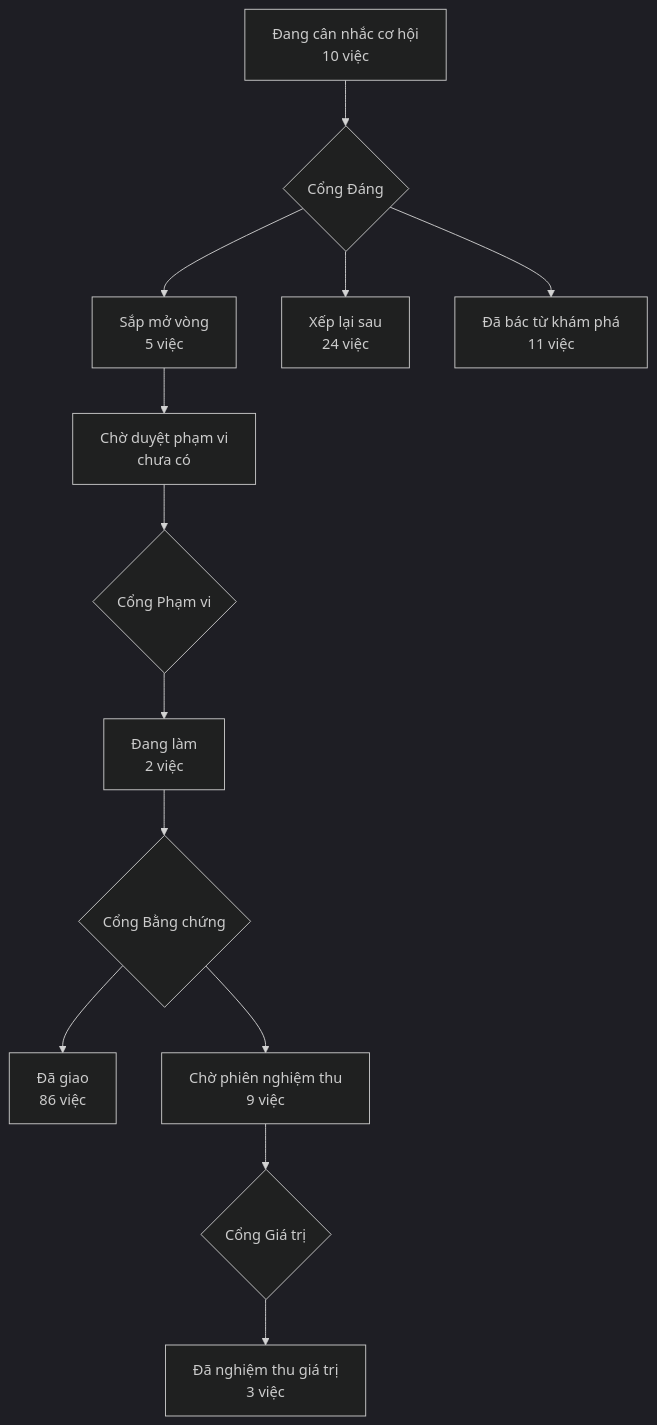
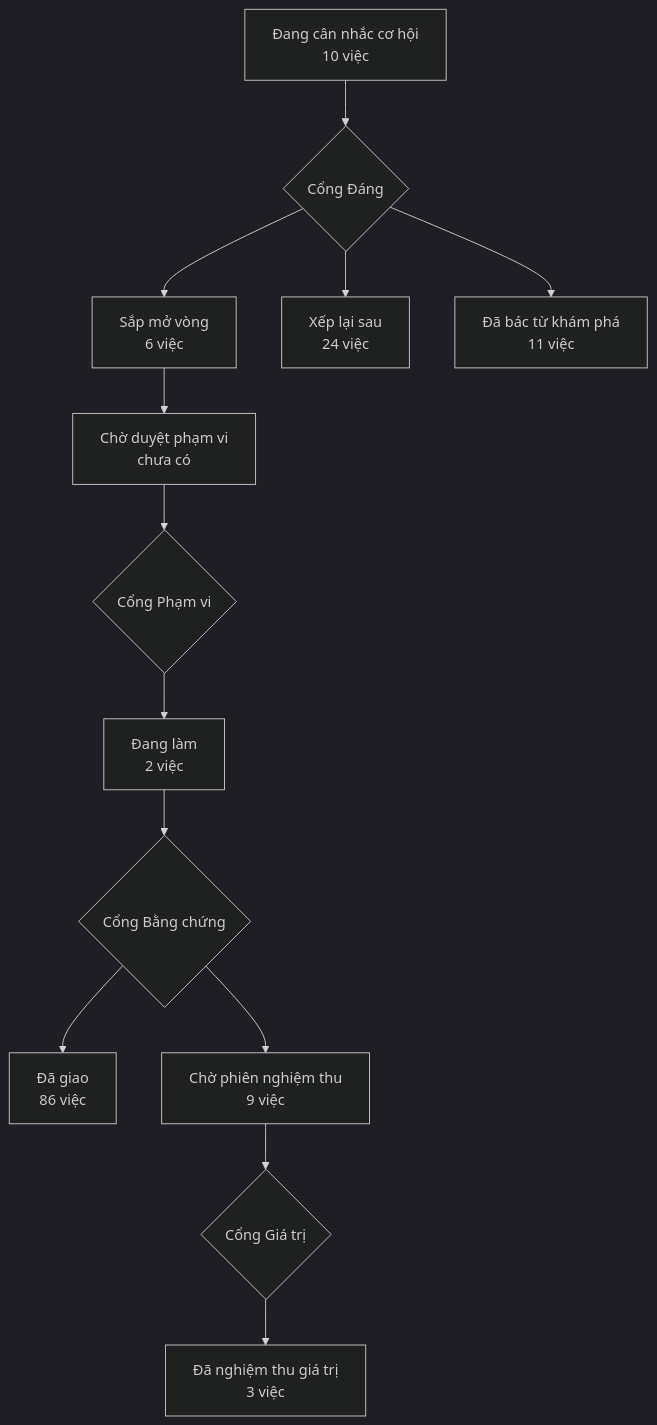
Before and after one commit to phanlemanh/acceptance-gate-kit: the diagram in PRODUCT-MAP.md, drawn with Mermaid (dark theme). The commit also changed other lines of this file and 2 other files, not shown here.

Commit message:
Cổng Đáng: lan-ghim-lai-theo-paths — build (Phan Le Manh)
Owner gõ «Làm» một chạm trong phiên 03/10; máy ghi hộ stage/decision/decided_by/
decided_at, gỡ tiền tố [đề xuất] ở bốn ngưỡng, điền decision ở Cổng 0, vẽ lại bản đồ.
Cùng chạm: phê CỘNG (b) hoá cũ theo paths + (c) suite song song (cả hai khoá mặc
định TẮT), hạng T3; gộp việc (a) wall_s + số lệnh vào ô lan-ghim-lai-giu-tron-loi-loi
(thêm dòng «Phạm vi bổ sung 03/10» ở Cổng 0 của ô ấy).

````diff
--- a/PRODUCT-MAP.md
+++ b/PRODUCT-MAP.md
@@ -6,12 +6,12 @@
 ```mermaid
 flowchart TD
   A["Đang cân nhắc cơ hội<br/>10 việc"] --> GD{"Cổng Đáng"}
-  GD --> B["Sắp mở vòng<br/>5 việc"]
+  GD --> B["Sắp mở vòng<br/>6 việc"]
   GD --> XL["Xếp lại sau<br/>24 việc"]
   GD --> DB["Đã bác từ khám phá<br/>11 việc"]
   B --> CD["Chờ duyệt phạm vi<br/>chưa có"] --> GP{"Cổng Phạm vi"}
   GP --> DL["Đang làm<br/>2 việc"] --> GB{"Cổng Bằng chứng"}
   GB --> DG["Đã giao<br/>86 việc"]
   GB --> CN["Chờ phiên nghiệm thu<br/>9 việc"] --> GG{"Cổng Giá trị"}
   GG --> NT["Đã nghiệm thu giá trị<br/>3 việc"]
 ```
````
